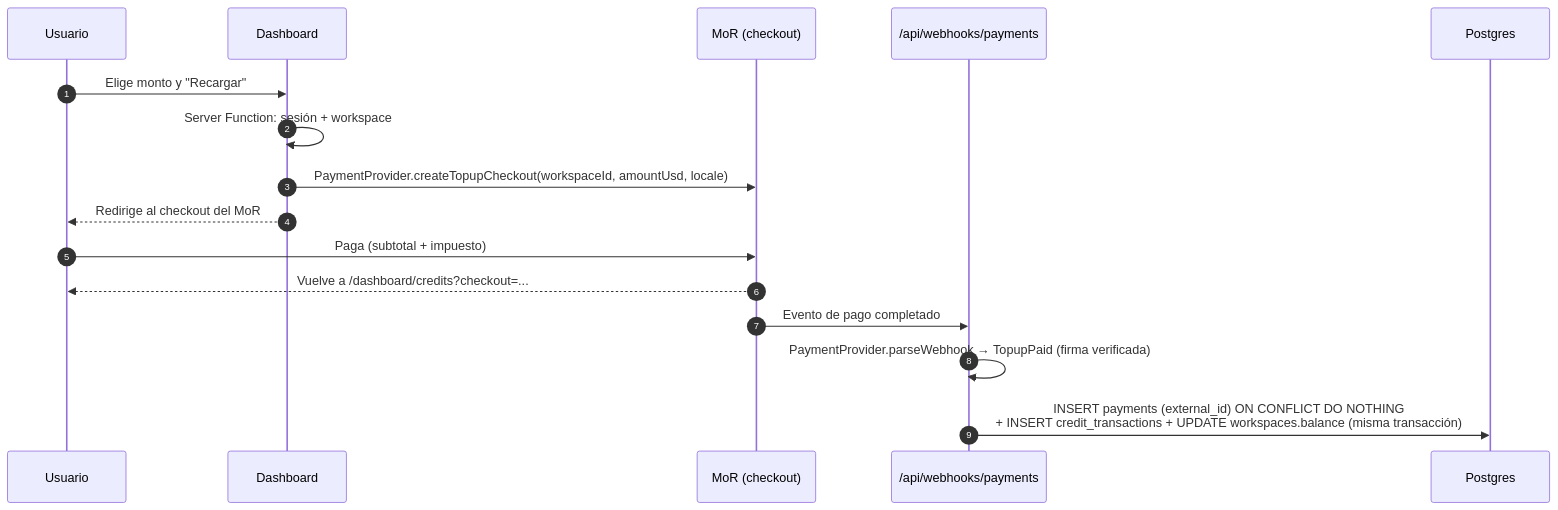
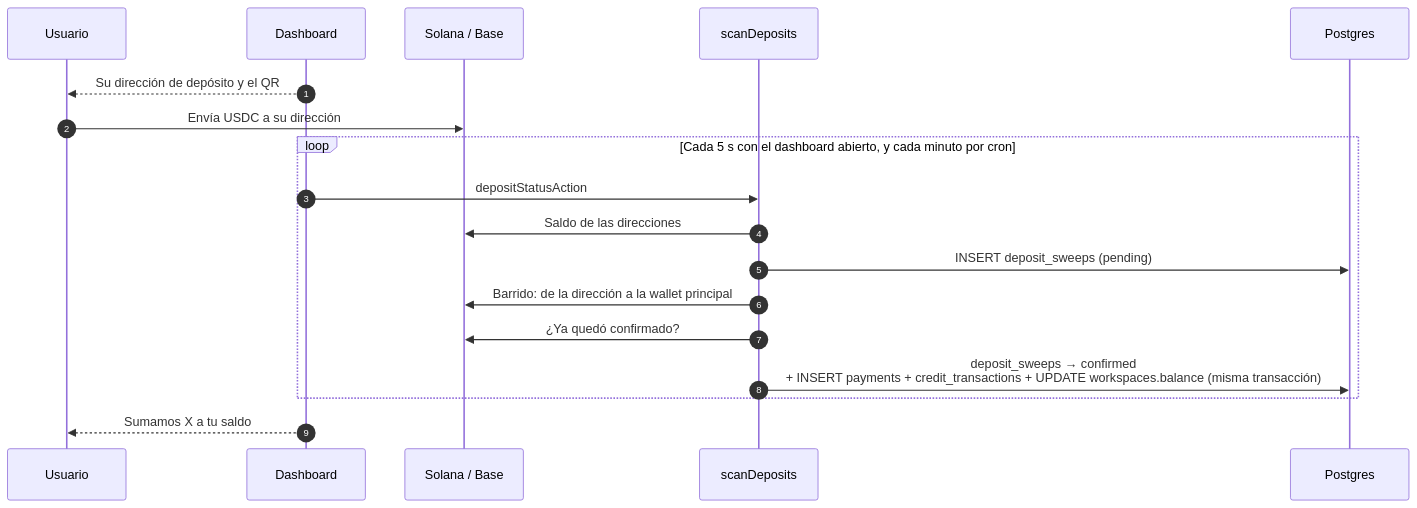
The diagram in docs/08-creditos-y-pagos.md (0xPasho/cheaptokens.wtf), drawn with Mermaid before and after one commit. The commit also changed other lines of this file and 136 other files, not shown here.

First line of the commit message:
Cobrar en USDC por depósito, catálogo en vivo y marca cheapllm.wtf

````diff
--- a/docs/08-creditos-y-pagos.md
+++ b/docs/08-creditos-y-pagos.md
@@ -77,19 +80,21 @@
 ```mermaid
 sequenceDiagram
   autonumber
   participant U as Usuario
   participant W as Dashboard
-  participant M as MoR (checkout)
-  participant H as /api/webhooks/payments
+  participant C as Solana / Base
+  participant S as scanDeposits
   participant DB as Postgres
 
-  U->>W: Elige monto y "Recargar"
-  W->>W: Server Function: sesión + workspace
-  W->>M: PaymentProvider.createTopupCheckout(workspaceId, amountUsd, locale)
-  W-->>U: Redirige al checkout del MoR
-  U->>M: Paga (subtotal + impuesto)
-  M-->>U: Vuelve a /dashboard/credits?checkout=...
-  M->>H: Evento de pago completado
-  H->>H: PaymentProvider.parseWebhook → TopupPaid (firma verificada)
-  H->>DB: INSERT payments (external_id) ON CONFLICT DO NOTHING<br/>+ INSERT credit_transactions + UPDATE workspaces.balance (misma transacción)
+  W-->>U: Su dirección de depósito y el QR
+  U->>C: Envía USDC a su dirección
+  loop Cada 5 s con el dashboard abierto, y cada minuto por cron
+    W->>S: depositStatusAction
+    S->>C: Saldo de las direcciones
+    S->>DB: INSERT deposit_sweeps (pending)
+    S->>C: Barrido: de la dirección a la wallet principal
+    S->>C: ¿Ya quedó confirmado?
+    S->>DB: deposit_sweeps → confirmed<br/>+ INSERT payments + credit_transactions + UPDATE workspaces.balance (misma transacción)
+  end
+  W-->>U: Sumamos X a tu saldo
 ```
````
